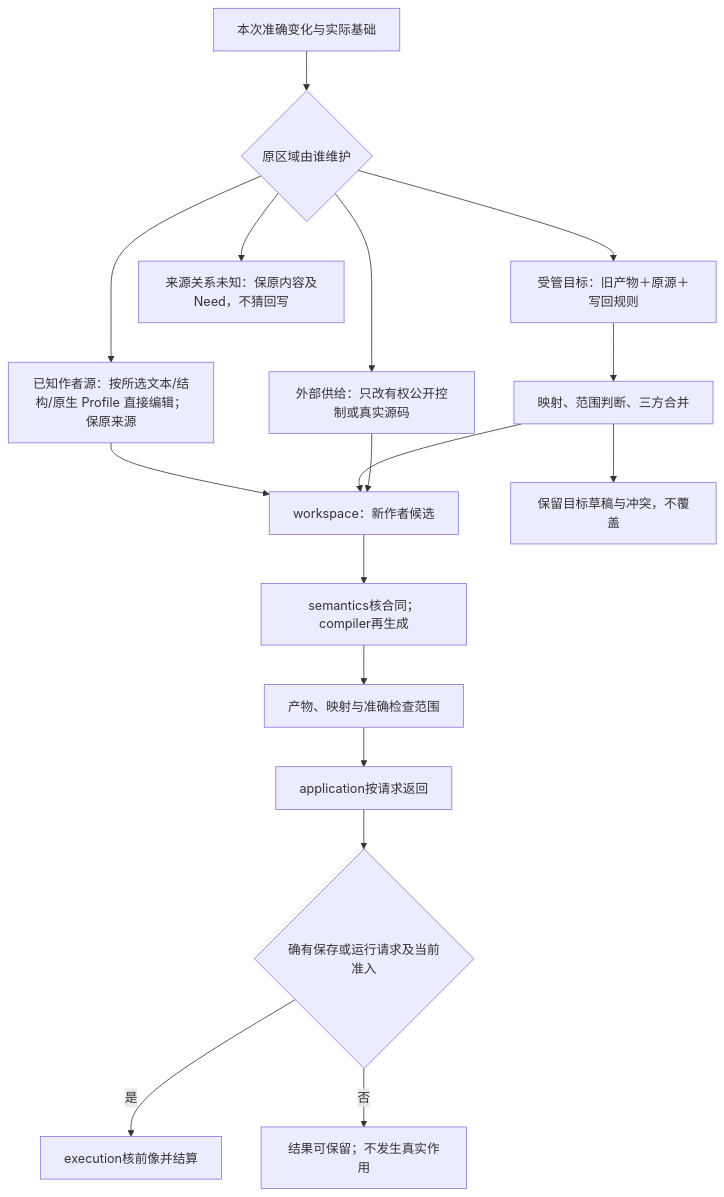
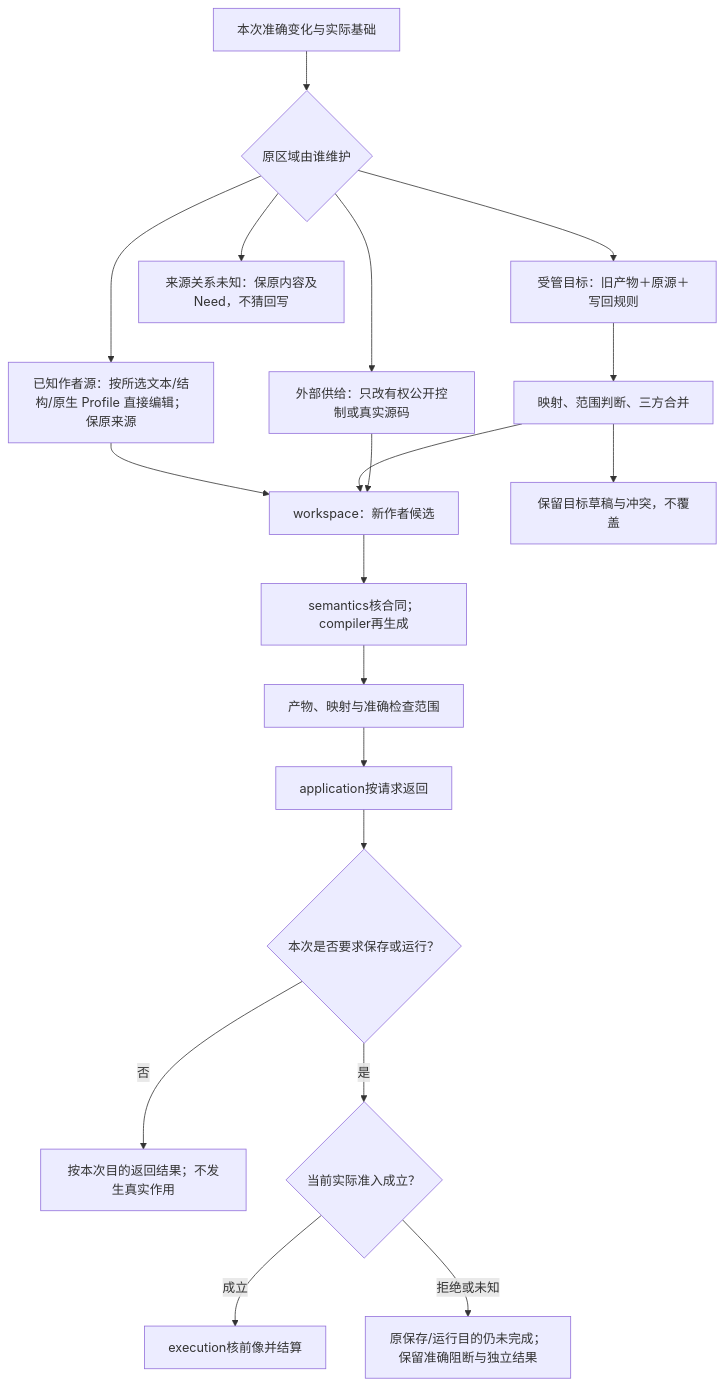
The third of 6 diagrams in docs/架构/协作与状态边界.md (sec-platform/sec), drawn with Mermaid before and after one commit. The commit also changed 21 other files, not shown here.

````diff
--- a/docs/架构/协作与状态边界.md
+++ b/docs/架构/协作与状态边界.md
@@ -157,19 +157,21 @@
 ```mermaid
 flowchart TB
   Change["本次准确变化与实际基础"] --> Owner{"原区域由谁维护"}
   Owner --> Author["已知作者源：按所选文本/结构/原生 Profile 直接编辑；保原来源"]
   Owner --> Managed["受管目标：旧产物＋原源＋写回规则"]
   Owner --> Public["外部供给：只改有权公开控制或真实源码"]
   Owner --> Unknown["来源关系未知：保原内容及Need，不猜回写"]
   Author --> Candidate["workspace：新作者候选"]
   Managed --> Reconcile["映射、范围判断、三方合并"]
   Reconcile --> Candidate
   Reconcile --> Pending["保留目标草稿与冲突，不覆盖"]
   Public --> Candidate
   Candidate --> Check["semantics核合同；compiler再生成"]
   Check --> Result["产物、映射与准确检查范围"]
   Result --> App["application按请求返回"]
-  App --> Allowed{"确有保存或运行请求及当前准入"}
-  Allowed -->|是| Exec["execution核前像并结算"]
-  Allowed -->|否| End["结果可保留；不发生真实作用"]
+  App --> Requested{"本次是否要求保存或运行？"}
+  Requested -->|否| End["按本次目的返回结果；不发生真实作用"]
+  Requested -->|是| Allowed{"当前实际准入成立？"}
+  Allowed -->|成立| Exec["execution核前像并结算"]
+  Allowed -->|拒绝或未知| Blocked["原保存/运行目的仍未完成；保留准确阻断与独立结果"]
 ```
````
